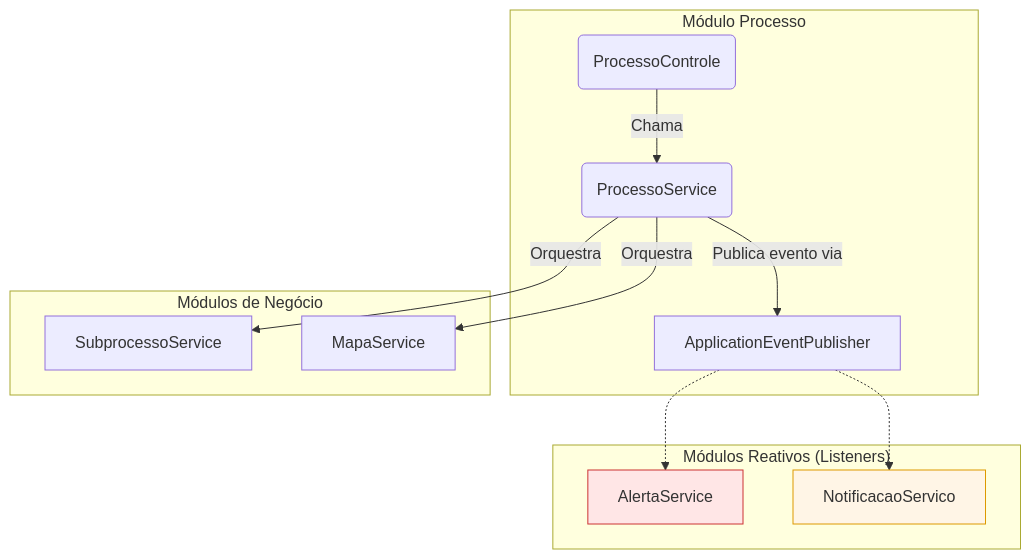
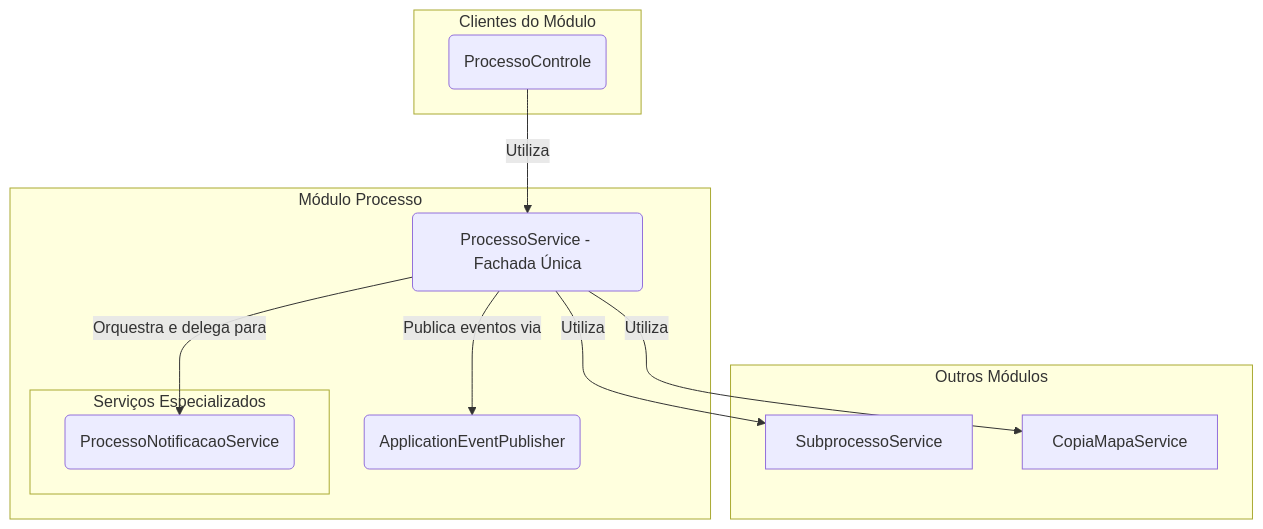
The diagram in backend/src/main/java/sgc/processo/README.md (lgalvao/sgc), drawn with Mermaid before and after one commit. The commit also changed other lines of this file and 603 other files, not shown here.

````diff
--- a/backend/src/main/java/sgc/processo/README.md
+++ b/backend/src/main/java/sgc/processo/README.md
@@ -57,29 +11,27 @@
 ```mermaid
 graph TD
-    subgraph "Módulo Processo"
-        A(ProcessoControle)
-        B(ProcessoService)
-        C[ApplicationEventPublisher]
+    subgraph "Clientes do Módulo"
+        Controle(ProcessoControle)
     end
 
-    subgraph "Módulos de Negócio"
-        D[SubprocessoService]
-        E[MapaService]
+    subgraph "Módulo Processo"
+        Facade(ProcessoService - Fachada Única)
+
+        subgraph "Serviços Especializados"
+            Notificacao(ProcessoNotificacaoService)
+        end
+
+        Eventos(ApplicationEventPublisher)
     end
 
-    subgraph "Módulos Reativos (Listeners)"
-        F[AlertaService]
-        G[NotificacaoServico]
+    subgraph "Outros Módulos"
+        SubprocessoService
+        CopiaMapaService
     end
 
-    A -- Chama --> B
-    B -- Orquestra --> D
-    B -- Orquestra --> E
-    B -- Publica evento via --> C
+    Controle -- Utiliza --> Facade
 
-    C -.-> F
-    C -.-> G
-
-    style F fill:#ffe6e6,stroke:#c33
-    style G fill:#fff5e6,stroke:#d90
+    Facade -- Orquestra e delega para --> Notificacao
+    Facade -- Utiliza --> SubprocessoService & CopiaMapaService
+    Facade -- Publica eventos via --> Eventos
 ```
````
